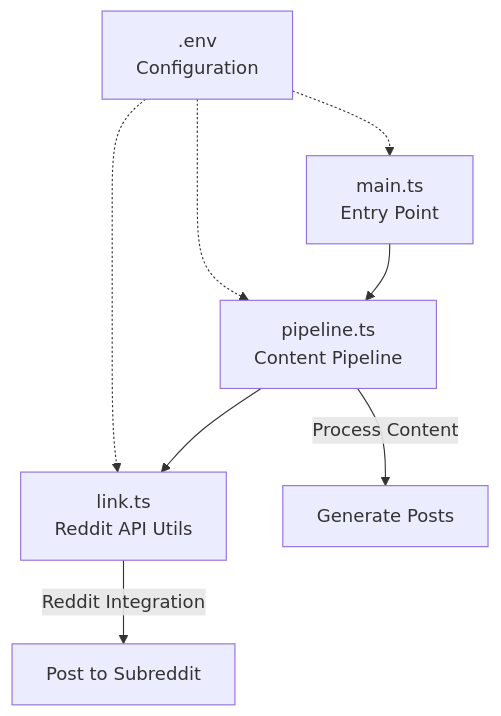
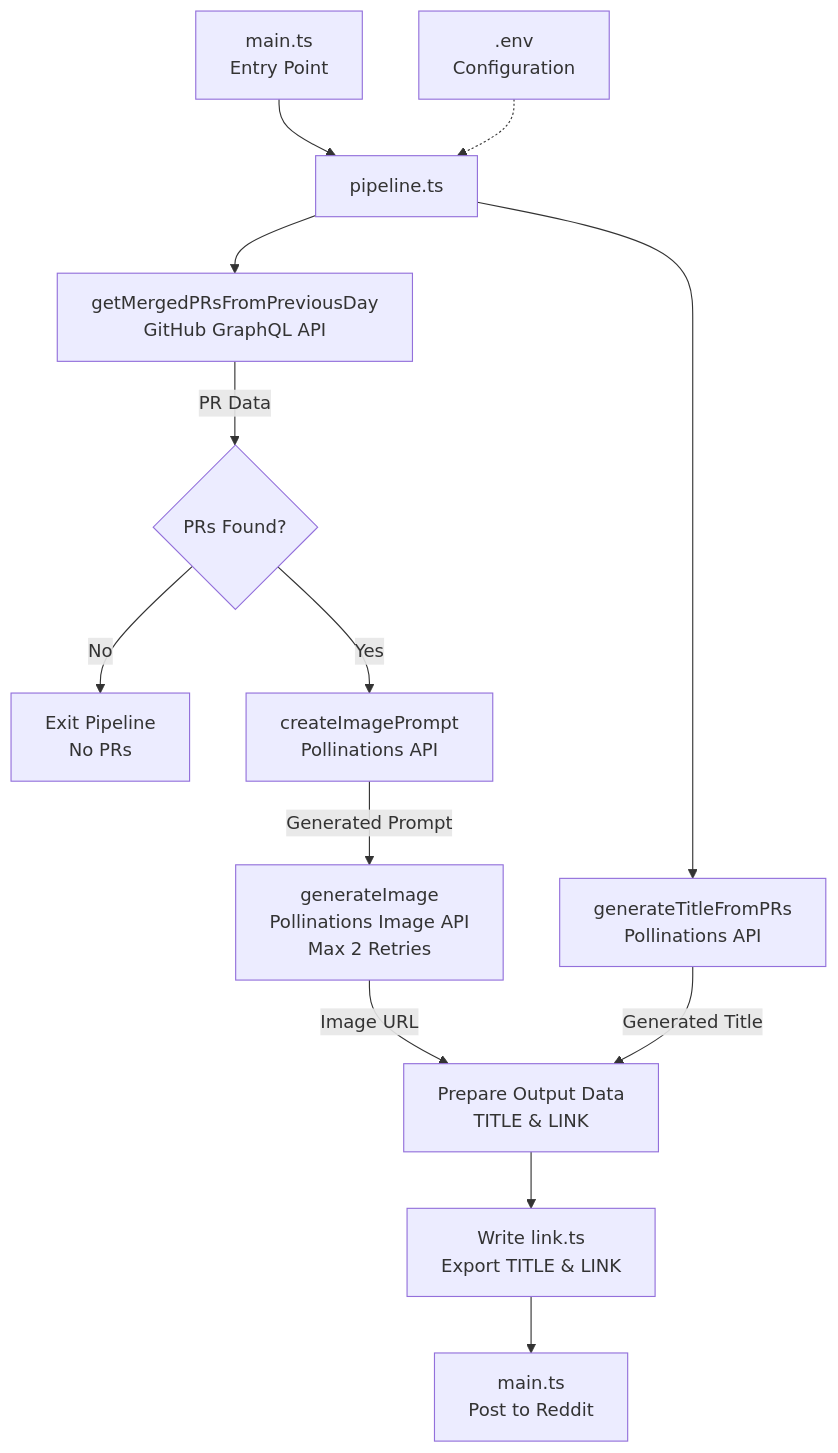
One commit to pollinations/pollinations changed the diagram in social/reddit/README.md. Above: the diagram before and after it, drawn with Mermaid.

Commit message:
updated the readme for the latest playtest configuration

````diff
--- a/social/reddit/README.md
+++ b/social/reddit/README.md
@@ -7,11 +7,19 @@
 ```mermaid
 graph TD
-    A[main.ts<br/>Entry Point] --> B[pipeline.ts<br/>Content Pipeline]
-    B --> C[link.ts<br/>Reddit API Utils]
-    D[.env<br/>Configuration] -.-> A
-    D -.-> B
-    D -.-> C
+    A[main.ts<br/>Entry Point] --> B[pipeline.ts]
+    D[.env<br/>Configuration] -.-> B
     
-    B -->|Process Content| E[Generate Posts]
-    C -->|Reddit Integration| F[Post to Subreddit]
+    B --> C["getMergedPRsFromPreviousDay<br/>GitHub GraphQL API"]
+    C -->|PR Data| E{PRs Found?}
+    E -->|No| F["Exit Pipeline<br/>No PRs"]
+    E -->|Yes| G["createImagePrompt<br/>Pollinations API"]
+    
+    G -->|Generated Prompt| H["generateImage<br/>Pollinations Image API<br/>Max 2 Retries"]
+    
+    B --> I["generateTitleFromPRs<br/>Pollinations API"]
+    I -->|Generated Title| J["Prepare Output Data<br/>TITLE & LINK"]
+    
+    H -->|Image URL| J
+    J --> K["Write link.ts<br/>Export TITLE & LINK"]
+    K --> L[main.ts<br/>Post to Reddit]
 ```
````
